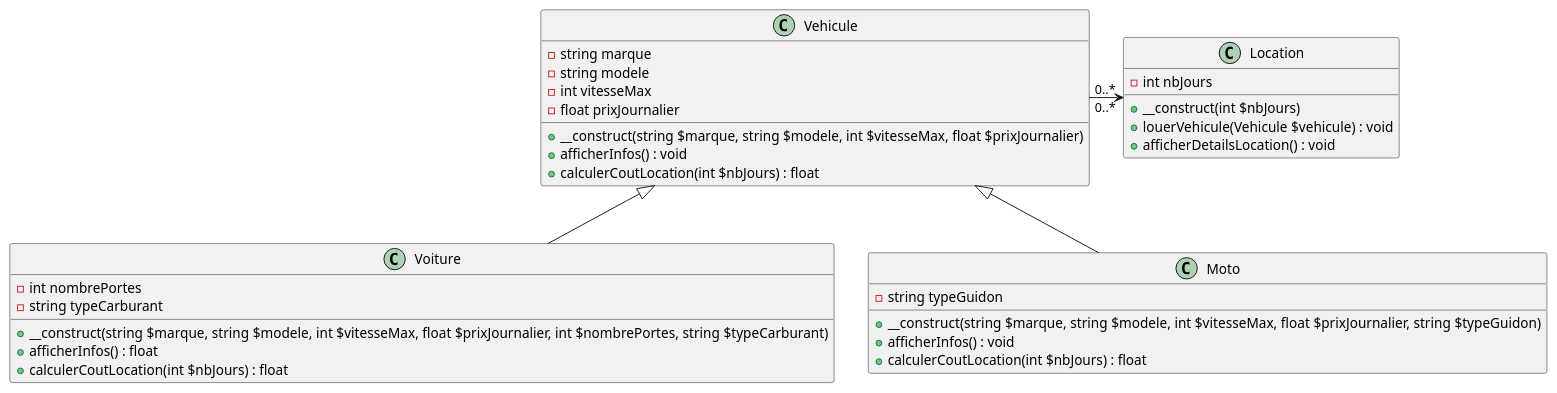
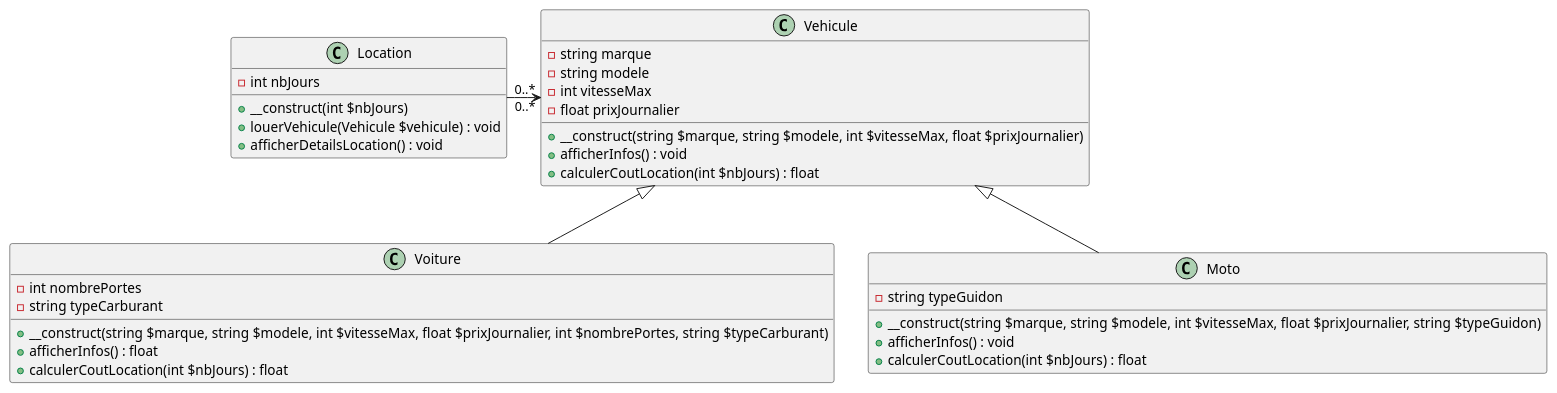
The diagram in Diagramme de classe.puml (ThomasTZTM/LocationVoiture), drawn with PlantUML before and after one commit. The commit also changed 3 other files, not shown here.

```diff
--- a/Diagramme de classe.puml
+++ b/Diagramme de classe.puml
@@ -1,44 +1,44 @@
 @startuml
 class Vehicule {
   - string marque
   - string modele
   - int vitesseMax
   - float prixJournalier
 
   + __construct(string $marque, string $modele, int $vitesseMax, float $prixJournalier)
   + afficherInfos() : void
   + calculerCoutLocation(int $nbJours) : float
 }
 
 class Voiture {
   - int nombrePortes
   - string typeCarburant
 
   + __construct(string $marque, string $modele, int $vitesseMax, float $prixJournalier, int $nombrePortes, string $typeCarburant)
   + afficherInfos() : float
   + calculerCoutLocation(int $nbJours) : float
 
   }
 
 class Moto {
   - string typeGuidon
 
   + __construct(string $marque, string $modele, int $vitesseMax, float $prixJournalier, string $typeGuidon)
   + afficherInfos() : void
   + calculerCoutLocation(int $nbJours) : float
 }
 
 
 class Location {
   - int nbJours
 
   + __construct(int $nbJours)
   + louerVehicule(Vehicule $vehicule) : void
   + afficherDetailsLocation() : void
 }
 
 Vehicule <|-- Voiture
 Vehicule <|-- Moto
-Vehicule "0..*" -> "0..*" Location
+Location "0..*" -> "0..*" Vehicule
 
 @enduml
```
